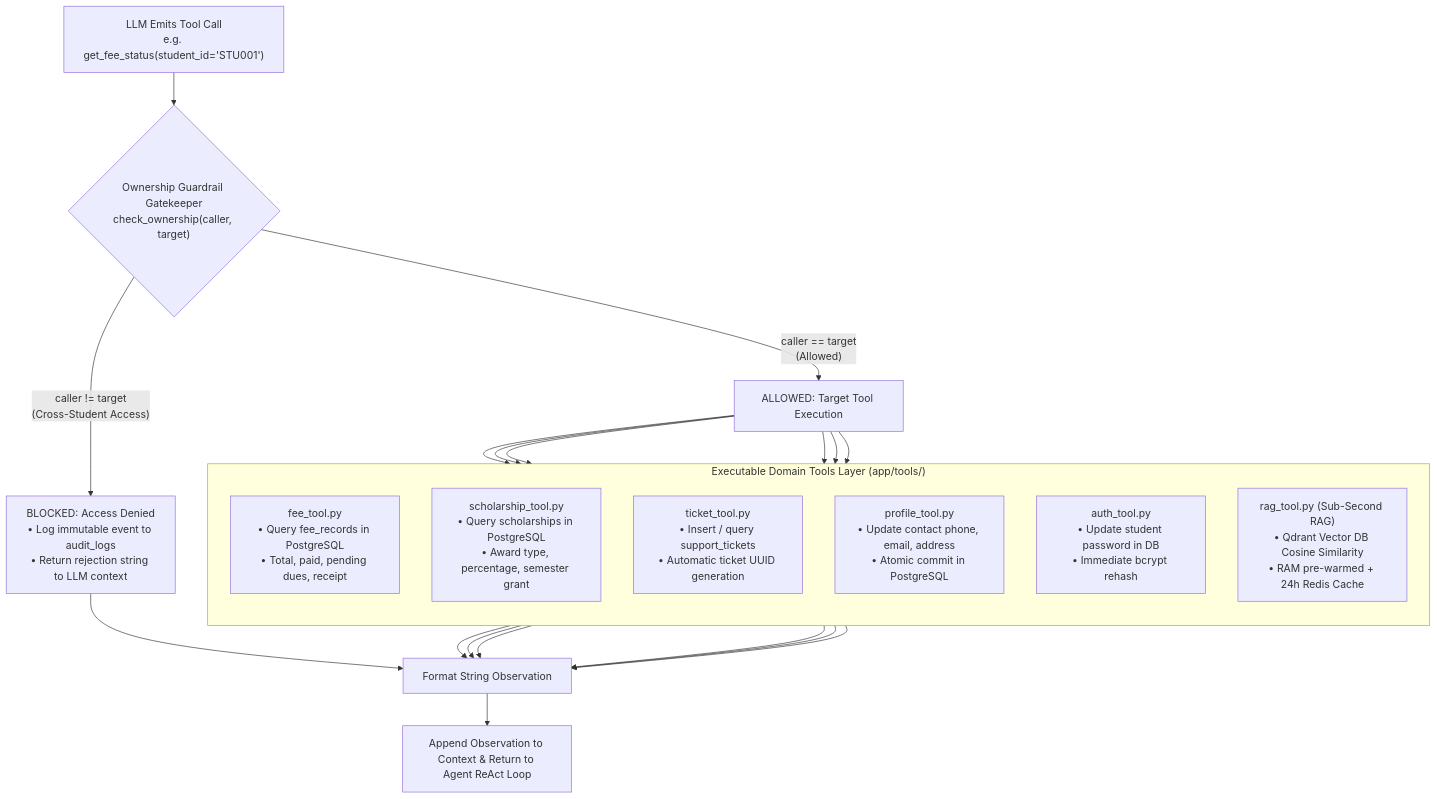
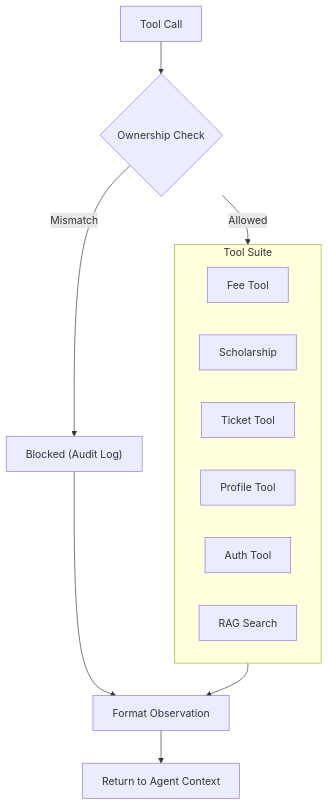
Before and after one commit to nakul-cloud/Intelligent_Student_Support_Agent: the diagram in Intelligent_Student_Support_Agent/app/tools/README.md, drawn with Mermaid. The commit also changed other lines of this file and 28 other files, not shown here.

Commit message:
feat: add Intelligent Student Support Agent backend with RAG and chat controllers

````diff
--- a/Intelligent_Student_Support_Agent/app/tools/README.md
+++ b/Intelligent_Student_Support_Agent/app/tools/README.md
@@ -9,35 +9,21 @@
 ```mermaid
 flowchart TD
-    Call["LLM Emits Tool Call<br/>e.g. get_fee_status(student_id='STU001')"] --> Guard{"Ownership Guardrail Gatekeeper<br/>check_ownership(caller, target)"}
+    Call["Tool Call"] --> Guard{"Ownership Check"}
 
-    Guard -- "caller != target<br/>(Cross-Student Access)" --> Blocked["BLOCKED: Access Denied<br/>• Log immutable event to audit_logs<br/>• Return rejection string to LLM context"]
+    Guard -- "Mismatch" --> Blocked["Blocked (Audit Log)"]
+    Guard -- "Allowed" --> Suite
 
-    Guard -- "caller == target<br/>(Allowed)" --> Allowed["ALLOWED: Target Tool Execution"]
-
-    subgraph ToolSuite["Executable Domain Tools Layer (app/tools/)"]
-        direction TB
-        Fee["fee_tool.py<br/>• Query fee_records in PostgreSQL<br/>• Total, paid, pending dues, receipt"]
-        Schol["scholarship_tool.py<br/>• Query scholarships in PostgreSQL<br/>• Award type, percentage, semester grant"]
-        Ticket["ticket_tool.py<br/>• Insert / query support_tickets<br/>• Automatic ticket UUID generation"]
-        Profile["profile_tool.py<br/>• Update contact phone, email, address<br/>• Atomic commit in PostgreSQL"]
-        Auth["auth_tool.py<br/>• Update student password in DB<br/>• Immediate bcrypt rehash"]
-        RAG["rag_tool.py (Sub-Second RAG)<br/>• Qdrant Vector DB Cosine Similarity<br/>• RAM pre-warmed + 24h Redis Cache"]
+    subgraph Suite["Tool Suite"]
+        direction LR
+        Fee["Fee Tool"]
+        Schol["Scholarship"]
+        Ticket["Ticket Tool"]
+        Profile["Profile Tool"]
+        Auth["Auth Tool"]
+        RAG["RAG Search"]
     end
 
-    Allowed --> Fee
-    Allowed --> Schol
-    Allowed --> Ticket
-    Allowed --> Profile
-    Allowed --> Auth
-    Allowed --> RAG
-
-    Fee --> Obs["Format String Observation"]
-    Schol --> Obs
-    Ticket --> Obs
-    Profile --> Obs
-    Auth --> Obs
-    RAG --> Obs
+    Suite --> Obs["Format Observation"]
     Blocked --> Obs
-
-    Obs --> Return["Append Observation to Context & Return to Agent ReAct Loop"]
+    Obs --> Return["Return to Agent Context"]
 ```
````
